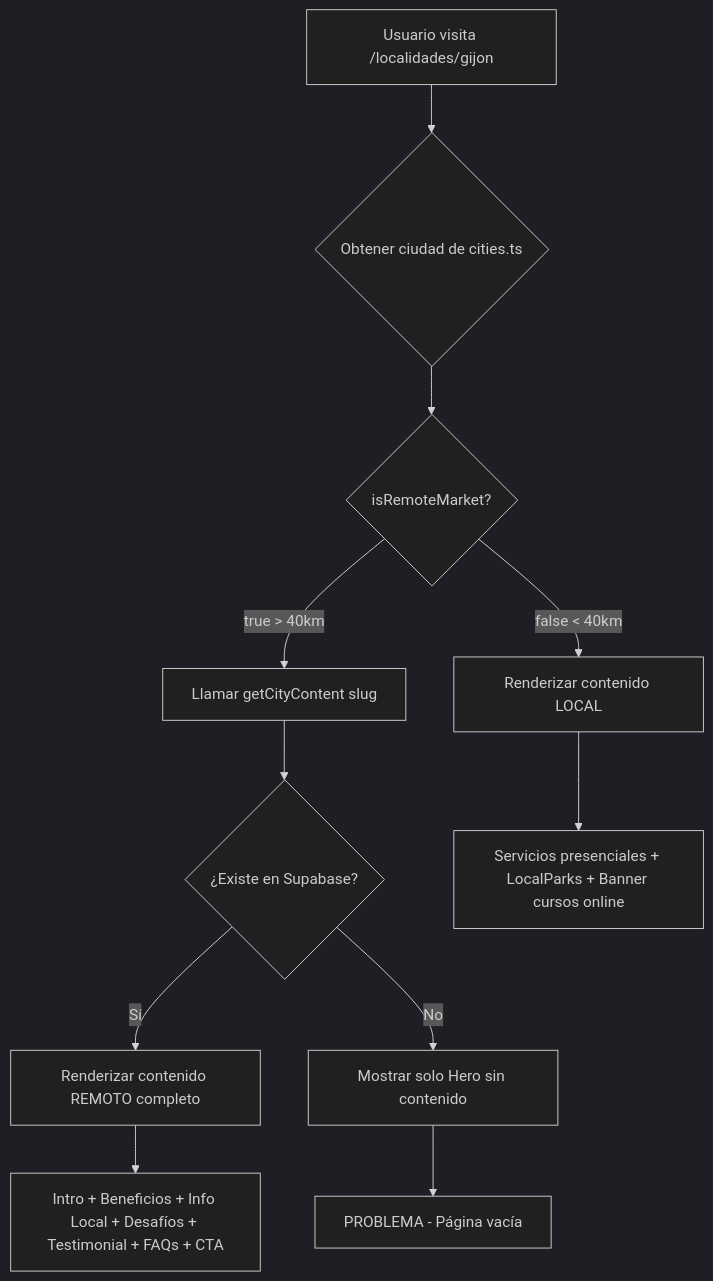
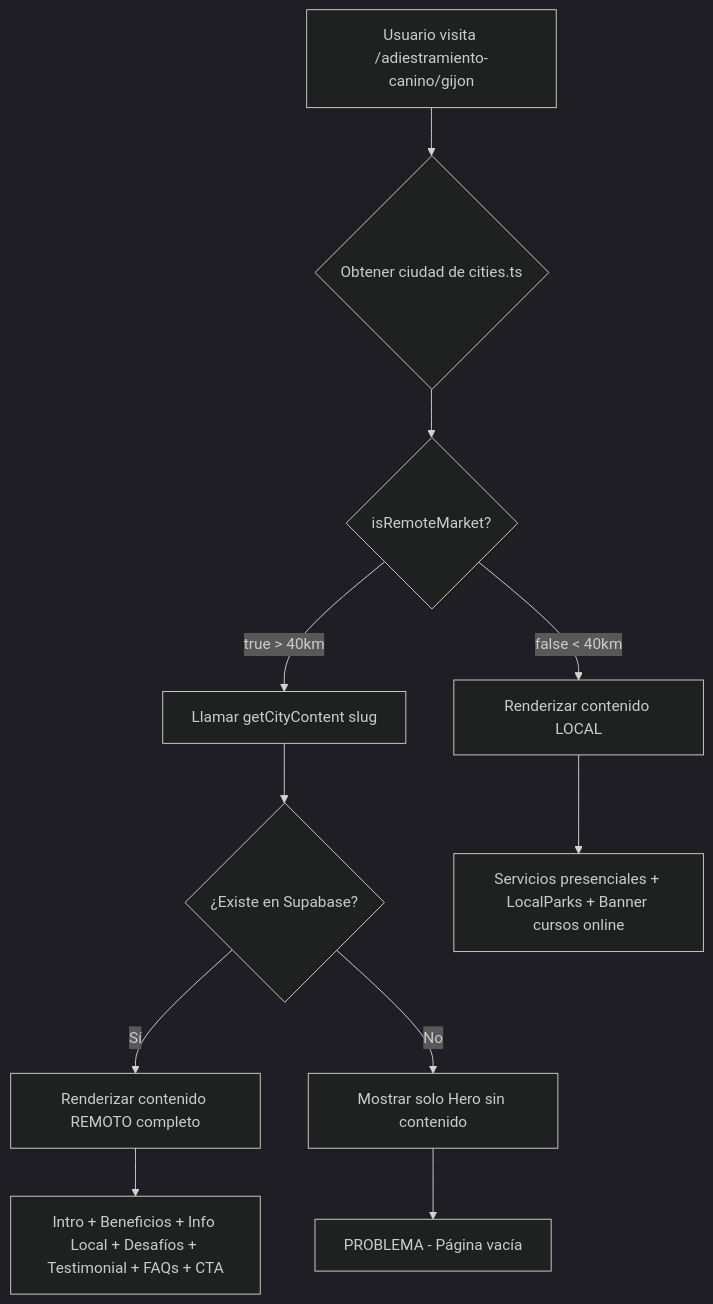
Before and after one commit to Eskaladigital/hakadogsnewweb: the diagram in RESUMEN_CIUDADES_REMOTAS.md, drawn with Mermaid (dark theme). The commit also changed other lines of this file and 24 other files, not shown here.

First line of the commit message:
refactor: Cambiar slug de localidades a adiestramiento-canino

````diff
--- a/RESUMEN_CIUDADES_REMOTAS.md
+++ b/RESUMEN_CIUDADES_REMOTAS.md
@@ -169,14 +169,14 @@
 ```mermaid
 graph TD
-    A[Usuario visita /localidades/gijon] --> B{Obtener ciudad de cities.ts}
+    A[Usuario visita /adiestramiento-canino/gijon] --> B{Obtener ciudad de cities.ts}
     B --> C{isRemoteMarket?}
     C -->|false < 40km| D[Renderizar contenido LOCAL]
     C -->|true > 40km| E[Llamar getCityContent slug]
     E --> F{¿Existe en Supabase?}
     F -->|Sí| G[Renderizar contenido REMOTO completo]
     F -->|No| H[Mostrar solo Hero sin contenido]
     
     D --> I[Servicios presenciales + LocalParks + Banner cursos online]
     G --> J[Intro + Beneficios + Info Local + Desafíos + Testimonial + FAQs + CTA]
     H --> K[PROBLEMA - Página vacía]
 ```
````
